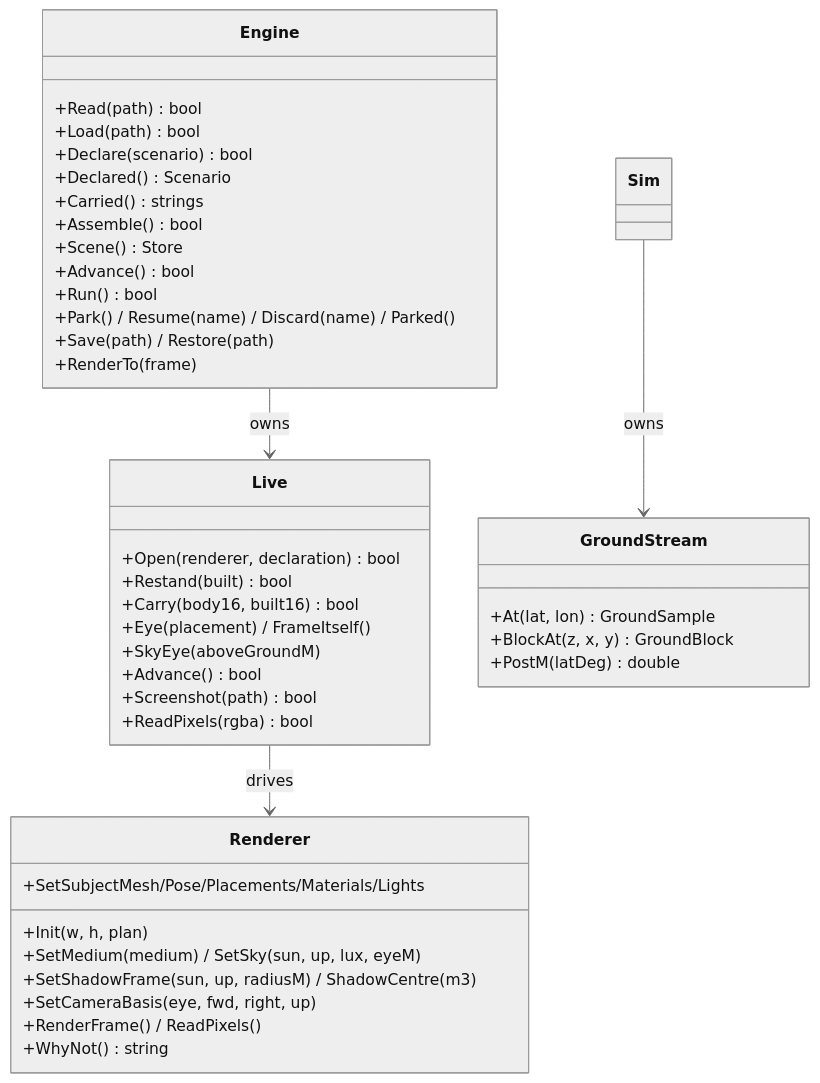
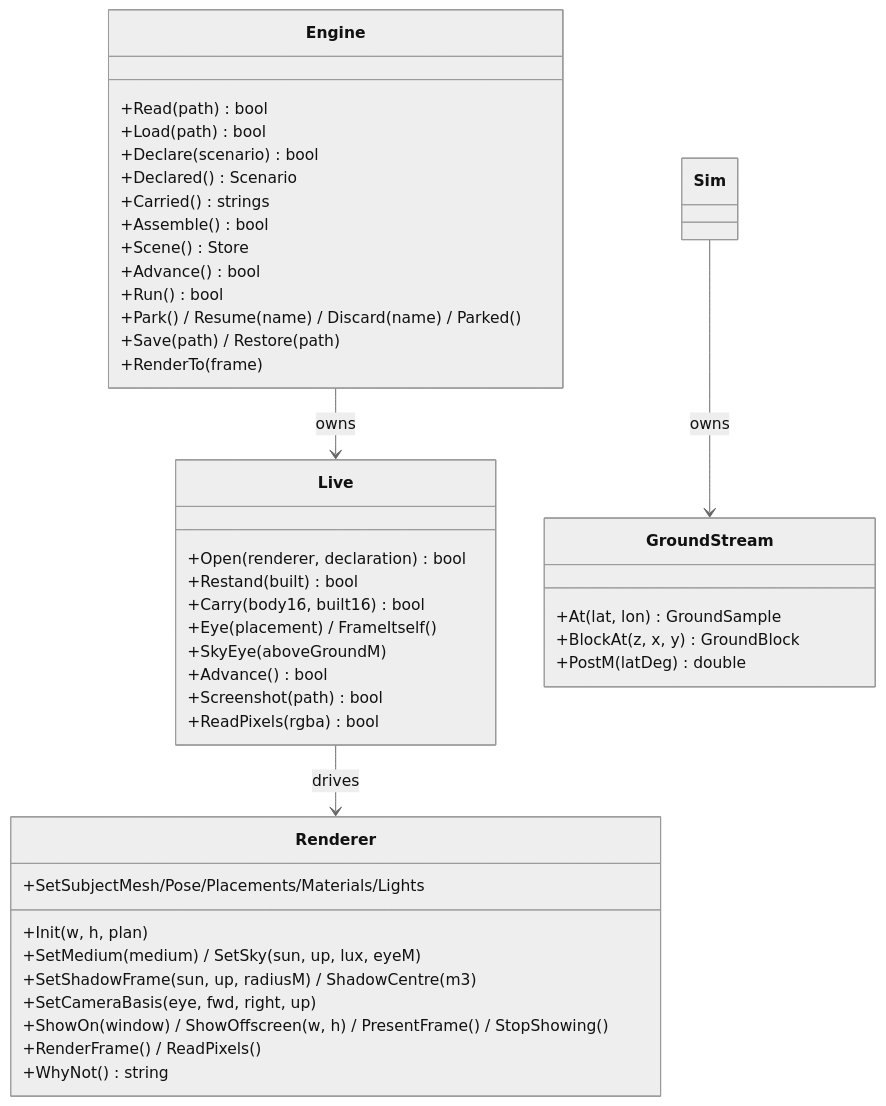
Before and after one commit to Weichwolf/outshine: the eighth of 11 diagrams in CLAUDE.md, drawn with Mermaid (neutral theme). The commit also changed other lines of this file, not shown here.

````diff
--- a/CLAUDE.md
+++ b/CLAUDE.md
@@ -372,45 +372,46 @@
 ```mermaid
 classDiagram
   direction TB
   class Engine {
     +Read(path) bool
     +Load(path) bool
     +Declare(scenario) bool
     +Declared() Scenario
     +Carried() strings
     +Assemble() bool
     +Scene() Store
     +Advance() bool
     +Run() bool
     +Park() / Resume(name) / Discard(name) / Parked()
     +Save(path) / Restore(path)
     +RenderTo(frame)
   }
   class Live {
     +Open(renderer, declaration) bool
     +Restand(built) bool
     +Carry(body16, built16) bool
     +Eye(placement) / FrameItself()
     +SkyEye(aboveGroundM)
     +Advance() bool
     +Screenshot(path) bool
     +ReadPixels(rgba) bool
   }
   class Renderer {
     +Init(w, h, plan)
     +SetSubjectMesh/Pose/Placements/Materials/Lights
     +SetMedium(medium) / SetSky(sun, up, lux, eyeM)
     +SetShadowFrame(sun, up, radiusM) / ShadowCentre(m3)
     +SetCameraBasis(eye, fwd, right, up)
+    +ShowOn(window) / ShowOffscreen(w, h) / PresentFrame() / StopShowing()
     +RenderFrame() / ReadPixels()
     +WhyNot() string
   }
   class GroundStream {
     +At(lat, lon) GroundSample
     +BlockAt(z, x, y) GroundBlock
     +PostM(latDeg) double
   }
   Engine --> Live : owns
   Live --> Renderer : drives
   Sim --> GroundStream : owns
 ```
````
